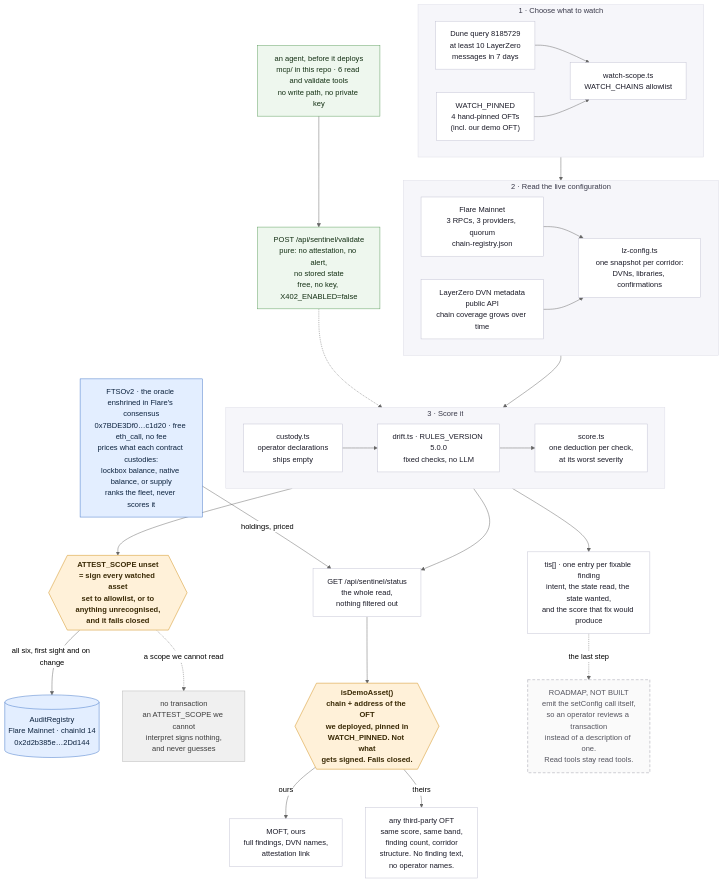
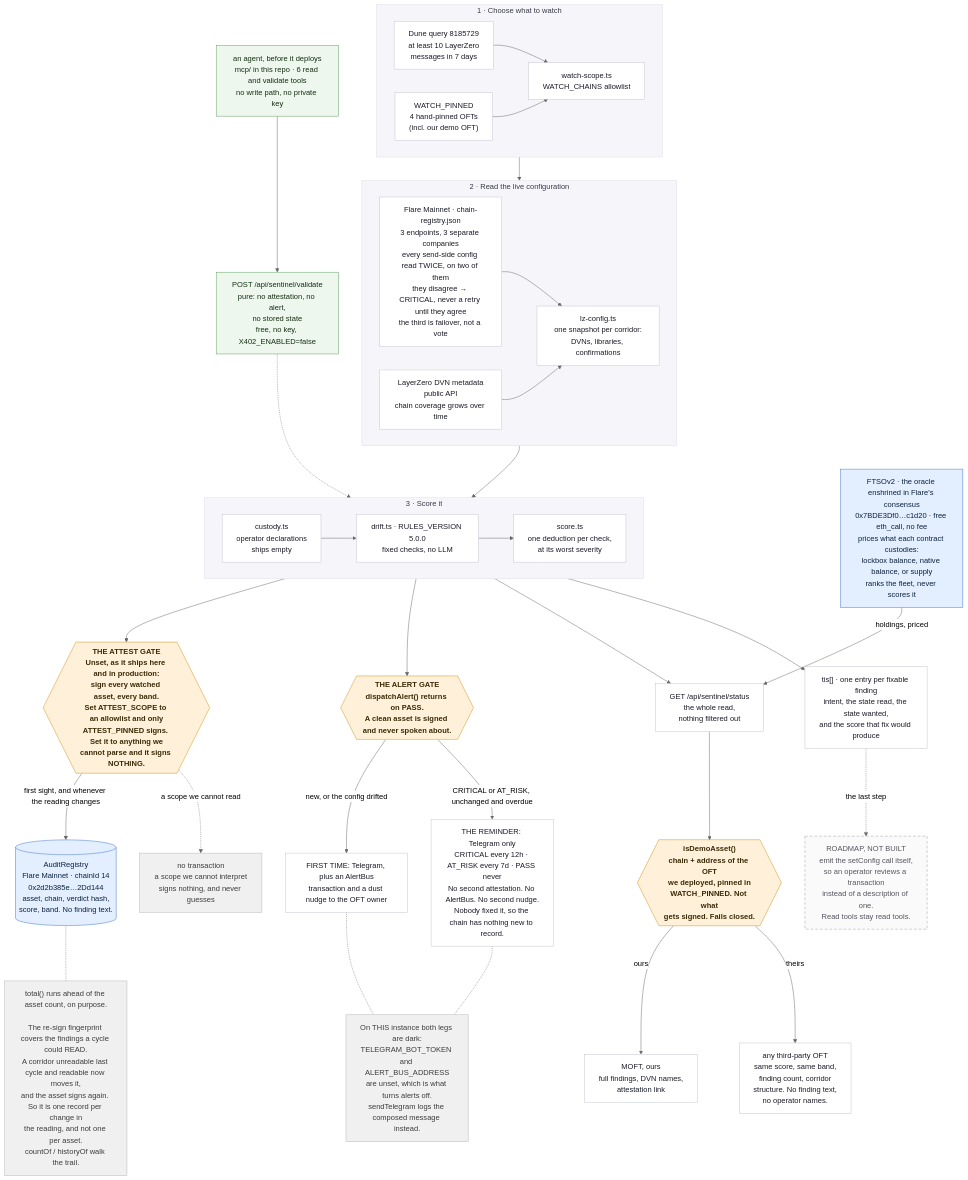
One commit to damli40/flare-oft-sentinel changed the diagram in assets/architecture.mmd. Above: the diagram before and after it, drawn with Mermaid (neutral theme). The commit also changed 2 other files, not shown here.

```diff
--- a/assets/architecture.mmd
+++ b/assets/architecture.mmd
@@ -1,90 +1,118 @@
 %% OFT Sentinel on Flare — one cycle, end to end.
 %% Rendered to assets/architecture.png. Regenerate with:
 %%   npx -y @mermaid-js/mermaid-cli -i assets/architecture.mmd -o assets/architecture.png -b white -s 2
 flowchart TB
     subgraph pick["1 · Choose what to watch"]
         direction LR
         dune["Dune query 8185729<br/>at least 10 LayerZero<br/>messages in 7 days"]
         pinned["WATCH_PINNED<br/>4 hand-pinned OFTs<br/>(incl. our demo OFT)"]
         scope["watch-scope.ts<br/>WATCH_CHAINS allowlist"]
         dune --> scope
         pinned --> scope
     end
 
     subgraph read["2 · Read the live configuration"]
         direction LR
-        rpc["Flare Mainnet<br/>3 RPCs, 3 providers, quorum<br/>chain-registry.json"]
+        rpc["Flare Mainnet · chain-registry.json<br/>3 endpoints, 3 separate companies<br/>every send-side config read TWICE, on two of them<br/>they disagree → CRITICAL, never a retry until they agree<br/>the third is failover, not a vote"]
         meta["LayerZero DVN metadata<br/>public API<br/>chain coverage grows over time"]
         lz["lz-config.ts<br/>one snapshot per corridor:<br/>DVNs, libraries, confirmations"]
         rpc --> lz
         meta --> lz
     end
 
     subgraph rules["3 · Score it"]
         direction LR
         cust["custody.ts<br/>operator declarations<br/>ships empty"]
         drift["drift.ts · RULES_VERSION 5.0.0<br/>fixed checks, no LLM"]
         score["score.ts<br/>one deduction per check,<br/>at its worst severity"]
         cust --> drift
         drift --> score
     end
 
-    gate{{"ATTEST_SCOPE unset<br/>= sign every watched asset<br/>set to allowlist, or to<br/>anything unrecognised,<br/>and it fails closed"}}
-    reg[("AuditRegistry<br/>Flare Mainnet · chainId 14<br/>0x2d2b385e…2Dd144")]
-    nosign["no transaction<br/>an ATTEST_SCOPE we cannot<br/>interpret signs nothing,<br/>and never guesses"]
+    %% ── Leg A: sign it ────────────────────────────────────────────────────
+    gate{{"THE ATTEST GATE<br/>Unset, as it ships here and in production:<br/>sign every watched asset, every band.<br/>Set ATTEST_SCOPE to an allowlist and only<br/>ATTEST_PINNED signs. Set it to anything we<br/>cannot parse and it signs NOTHING."}}
+    reg[("AuditRegistry<br/>Flare Mainnet · chainId 14<br/>0x2d2b385e…2Dd144<br/>asset, chain, verdict hash,<br/>score, band. No finding text.")]
+    resign["total() runs ahead of the asset count, on purpose.<br/>&nbsp;<br/>The re-sign fingerprint covers the findings a cycle could READ.<br/>A corridor unreadable last cycle and readable now moves it,<br/>and the asset signs again. So it is one record per change in<br/>the reading, and not one per asset.<br/>countOf / historyOf walk the trail."]
+    nosign["no transaction<br/>a scope we cannot interpret<br/>signs nothing, and never guesses"]
+
+    %% ── Leg B: keep saying it ─────────────────────────────────────────────
+    alert{{"THE ALERT GATE<br/>dispatchAlert() returns on PASS.<br/>A clean asset is signed and never spoken about."}}
+    first["FIRST TIME: Telegram, plus an AlertBus<br/>transaction and a dust nudge to the OFT owner"]
+    again["THE REMINDER: Telegram only<br/>CRITICAL every 12h · AT_RISK every 7d · PASS never<br/>No second attestation. No AlertBus. No second nudge.<br/>Nobody fixed it, so the chain has nothing new to record."]
+    quiet["On THIS instance both legs are dark:<br/>TELEGRAM_BOT_TOKEN and ALERT_BUS_ADDRESS<br/>are unset, which is what turns alerts off.<br/>sendTelegram logs the composed message instead."]
+
+    %% ── Leg C: publish it ─────────────────────────────────────────────────
     api["GET /api/sentinel/status<br/>the whole read,<br/>nothing filtered out"]
-
     filt{{"isDemoAsset()<br/>chain + address of the OFT<br/>we deployed, pinned in<br/>WATCH_PINNED. Not what<br/>gets signed. Fails closed."}}
     ours["MOFT, ours<br/>full findings, DVN names,<br/>attestation link"]
     theirs["any third-party OFT<br/>same score, same band,<br/>finding count, corridor<br/>structure. No finding text,<br/>no operator names."]
 
+    %% ── Leg D: what a fix would score ─────────────────────────────────────
+    tis["tis[] · one entry per fixable finding<br/>intent, the state read, the state wanted,<br/>and the score that fix would produce"]
+    fix["ROADMAP, NOT BUILT<br/>emit the setConfig call itself,<br/>so an operator reviews a transaction<br/>instead of a description of one.<br/>Read tools stay read tools."]
+
+    %% ── Before you deploy at all ──────────────────────────────────────────
     agent["an agent, before it deploys<br/>mcp/ in this repo · 6 read and validate tools<br/>no write path, no private key"]
     val["POST /api/sentinel/validate<br/>pure: no attestation, no alert,<br/>no stored state<br/>free, no key, X402_ENABLED=false"]
     agent --> val
     val -.-> rules
 
     ftso["FTSOv2 · the oracle enshrined in Flare's consensus<br/>0x7BDE3Df0…c1d20 · free eth_call, no fee<br/>prices what each contract custodies:<br/>lockbox balance, native balance, or supply<br/>ranks the fleet, never scores it"]
-
-    tis["tis[] · one entry per fixable finding<br/>intent, the state read, the state wanted,<br/>and the score that fix would produce"]
-    fix["ROADMAP, NOT BUILT<br/>emit the setConfig call itself,<br/>so an operator reviews a transaction<br/>instead of a description of one.<br/>Read tools stay read tools."]
 
     scope --> read
     lz --> rules
     %% Deliberately NO edge in from the RPC node. The label already says it is a
     %% free eth_call, and drawing the inbound edge pushed this node under stage 2,
     %% which routed its ONE outgoing arrow across the attest gate. On a diagram
     %% whose whole claim is that the price reaches neither scoring nor signing,
     %% an arrow that appears to touch either is worse than a missing one.
     ftso -->|"holdings, priced"| api
+
     score --> gate
+    score --> alert
     score --> api
     score --> tis
-    tis -.->|"the last step"| fix
-    gate -->|"all six, first sight and on change"| reg
+
+    gate -->|"first sight, and whenever the reading changes"| reg
     gate -.->|"a scope we cannot read"| nosign
+    reg -.- resign
+
+    %% Declared first-fire first so it lands LEFT of the reminder. Mermaid lays
+    %% siblings out in edge-declaration order, and a reader who meets the repeat
+    %% before the thing being repeated has to read the pair twice.
+    alert -->|"new, or the config drifted"| first
+    alert -->|"CRITICAL or AT_RISK, unchanged and overdue"| again
+    first -.- quiet
+    again -.- quiet
+
     api --> filt
     filt -->|ours| ours
     filt -->|theirs| theirs
+
+    tis -.->|"the last step"| fix
 
     classDef stage fill:#ffffff,stroke:#c2c2d2,color:#1b1b28
     classDef gateStyle fill:#fff1d9,stroke:#d08b12,color:#3a2a06,font-weight:bold
     classDef chain fill:#e3eeff,stroke:#3f74c8,color:#0d233f
     classDef quiet fill:#f0f0f0,stroke:#b4b4b4,color:#3d3d3d
-    class dune,pinned,scope,rpc,meta,lz,cust,drift,score,api,ours,theirs stage
+    class dune,pinned,scope,rpc,meta,lz,cust,drift,score,api,ours,theirs,first,again stage
     classDef preflight fill:#eef7ee,stroke:#5a9c5a,color:#143014
     class agent,val preflight
     class tis stage
     %% Dashed and grey so nothing here can be mistaken for something that runs.
     classDef roadmap fill:#fafafa,stroke:#9a9aa8,color:#55555f,stroke-dasharray: 6 4
     class fix roadmap
-    class gate,filt gateStyle
+    %% Footnotes, not steps. Same grey as the fail-closed box so the eye reads
+    %% all three as "read this if you are checking us", never as pipeline stages.
+    class nosign,resign,quiet quiet
+    %% THREE gates now carry colour, and they are the three decisions a judge
+    %% should attack: what gets signed, what gets said out loud, and whose
+    %% finding text gets shown.
+    class gate,filt,alert gateStyle
     %% Blue with the registry, because both are reads of Flare's own contracts.
     %% It deliberately has NO edge into score.ts: the absence is the claim.
     class reg,ftso chain
-    class nosign quiet
 
-    %% The three numbered stages read as one surface; the two GATES are the
-    %% claims worth looking at, so only they carry colour.
     style pick fill:#f6f6fa,stroke:#dcdce6,color:#3a3a4a
     style read fill:#f6f6fa,stroke:#dcdce6,color:#3a3a4a
     style rules fill:#f6f6fa,stroke:#dcdce6,color:#3a3a4a
```
